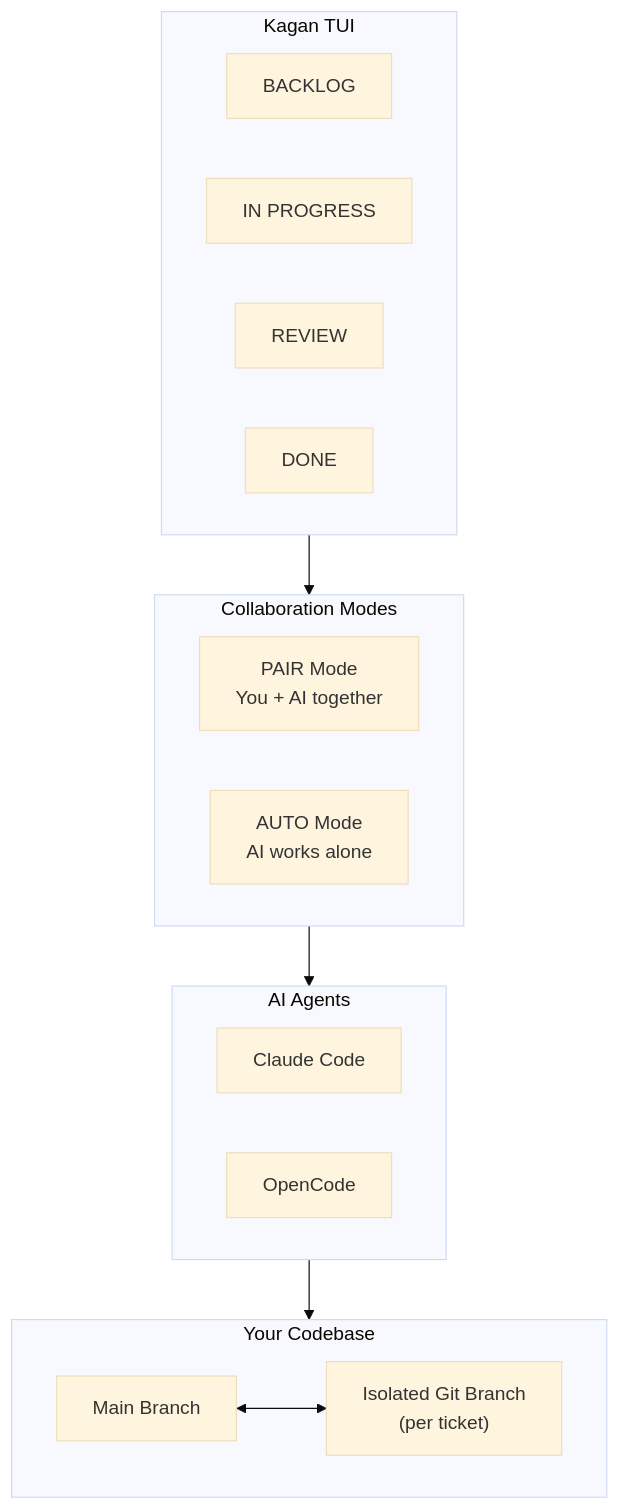
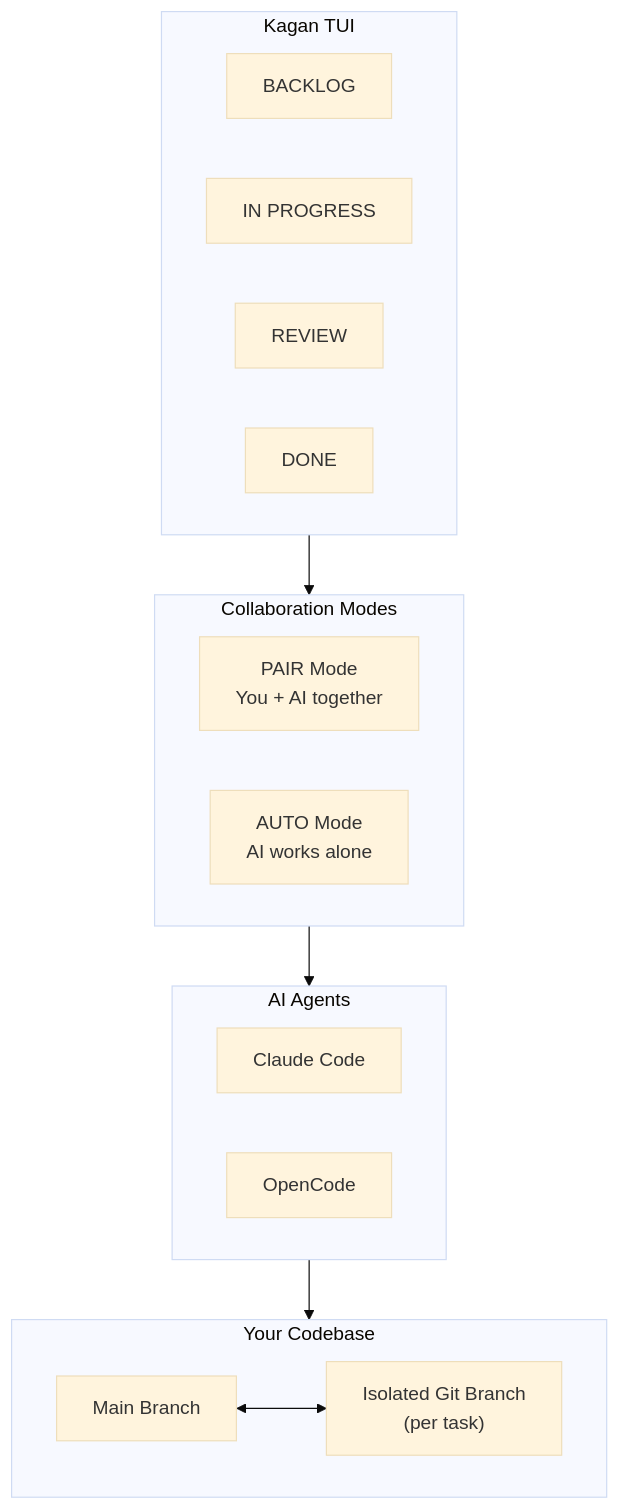
One commit to kagan-sh/kagan-legacy changed the first of 2 diagrams in docs/index.md. Above: the diagram before and after it, drawn with Mermaid (base theme). The commit also changed other lines of this file and 353 other files, not shown here.

````diff
--- a/docs/index.md
+++ b/docs/index.md
@@ -90,32 +182,32 @@
 ```mermaid
 flowchart TB
     subgraph TUI["Kagan TUI"]
         direction LR
         B[BACKLOG]
         I[IN PROGRESS]
         R[REVIEW]
         D[DONE]
     end
 
     TUI --> Modes
 
     subgraph Modes["Collaboration Modes"]
         PAIR["PAIR Mode<br/>You + AI together"]
         AUTO["AUTO Mode<br/>AI works alone"]
     end
 
     Modes --> Agents
 
     subgraph Agents["AI Agents"]
         Claude["Claude Code"]
         OpenCode["OpenCode"]
     end
 
     Agents --> Code
 
     subgraph Code["Your Codebase"]
         Main["Main Branch"]
-        Worktree["Isolated Git Branch<br/>(per ticket)"]
+        Worktree["Isolated Git Branch<br/>(per task)"]
         Main <--> Worktree
     end
 ```
````
